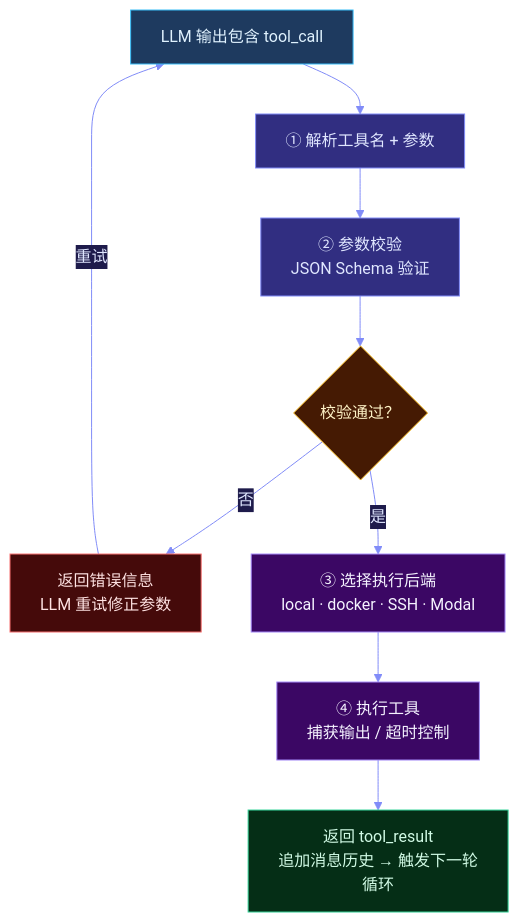
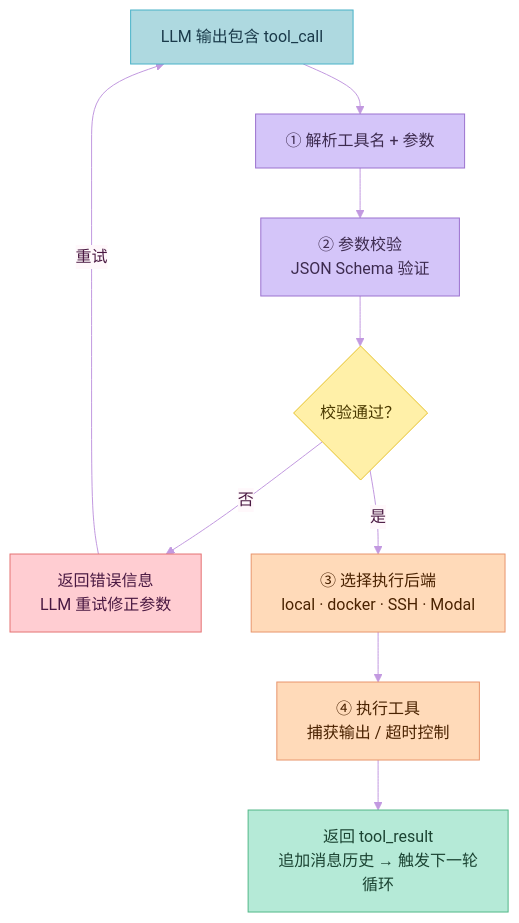
One commit to xuqi2024/xuqi2024.github.io changed the seventh of 10 diagrams in source/_posts/2026-04-13-hermes-agent深度完全解读.md. Above: the diagram before and after it, drawn with Mermaid. The commit also changed other lines of this file and 3 other files, not shown here.

First line of the commit message:
style: 将所有 Mermaid 图表配色改为马卡龙色系，修复节点换行显示

````diff
--- a/source/_posts/2026-04-13-hermes-agent深度完全解读.md
+++ b/source/_posts/2026-04-13-hermes-agent深度完全解读.md
@@ -455,24 +455,24 @@
 ```mermaid
-%%{init: {'theme': 'base', 'themeVariables': {'primaryColor': '#1e1b4b', 'primaryTextColor': '#e0e7ff', 'primaryBorderColor': '#818cf8', 'lineColor': '#818cf8', 'secondaryColor': '#2e1065', 'tertiaryColor': '#0c3a4a', 'background': '#0a0914', 'mainBkg': '#1e1b4b', 'nodeBorder': '#818cf8', 'clusterBkg': '#110d2e', 'clusterBorder': '#4f46e5', 'titleColor': '#c7d2fe', 'edgeLabelBackground': '#1e1b4b'}}}%%
+%%{init: {'theme': 'base', 'themeVariables': {'primaryColor': '#FFB3C1', 'primaryTextColor': '#4A1942', 'primaryBorderColor': '#FF85A1', 'lineColor': '#C299E0', 'secondaryColor': '#C8E6C9', 'tertiaryColor': '#AED9E0', 'background': '#FFF8FB', 'mainBkg': '#FFB3C1', 'nodeBorder': '#FF85A1', 'clusterBkg': '#FFF0F7', 'clusterBorder': '#FFB3C1', 'titleColor': '#6D3B8C', 'edgeLabelBackground': '#FFF8FB'}}}%%
 flowchart TD
-    classDef trigger fill:#1e3a5f,stroke:#38bdf8,color:#e0f2fe
-    classDef process fill:#312e81,stroke:#818cf8,color:#e0e7ff
-    classDef decision fill:#451a03,stroke:#fbbf24,color:#fef3c7
-    classDef error fill:#450a0a,stroke:#f87171,color:#fee2e2
-    classDef execute fill:#3b0764,stroke:#a78bfa,color:#f5f3ff
-    classDef result fill:#052e16,stroke:#34d399,color:#d1fae5
+    classDef trigger fill:#AED9E0,stroke:#48B2C8,color:#1A3A4A
+    classDef process fill:#D4C5F9,stroke:#9B72CF,color:#3D2B4F
+    classDef decision fill:#FFF0A8,stroke:#E6C229,color:#4A3900
+    classDef error fill:#FFCDD2,stroke:#E57373,color:#4A1942
+    classDef execute fill:#FFDAB9,stroke:#E8956D,color:#4A2200
+    classDef result fill:#B5EAD7,stroke:#52B788,color:#1B4332
 
     A["LLM 输出包含 tool_call"]:::trigger
     B["① 解析工具名 + 参数"]:::process
-    C["② 参数校验\nJSON Schema 验证"]:::process
+    C["② 参数校验<br/>JSON Schema 验证"]:::process
     D{"校验通过？"}:::decision
-    E["返回错误信息\nLLM 重试修正参数"]:::error
-    F["③ 选择执行后端\nlocal · docker · SSH · Modal"]:::execute
-    G["④ 执行工具\n捕获输出 / 超时控制"]:::execute
-    H["返回 tool_result\n追加消息历史 → 触发下一轮循环"]:::result
+    E["返回错误信息<br/>LLM 重试修正参数"]:::error
+    F["③ 选择执行后端<br/>local · docker · SSH · Modal"]:::execute
+    G["④ 执行工具<br/>捕获输出 / 超时控制"]:::execute
+    H["返回 tool_result<br/>追加消息历史 → 触发下一轮循环"]:::result
 
     A --> B --> C --> D
     D -- 否 --> E
     D -- 是 --> F --> G --> H
     E -- 重试 --> A
 ```
````
